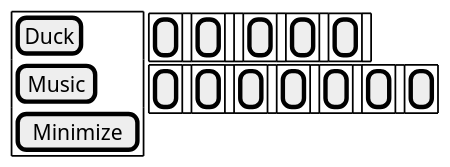
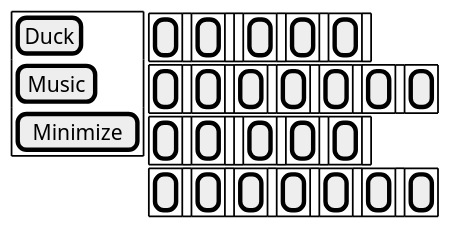
The first of 2 diagrams in apps/src/ui/docs/src/screens/synth.md (aortez/dirtsim), drawn with PlantUML before and after one commit. The commit also changed other lines of this file and 14 other files, not shown here.

````diff
--- a/apps/src/ui/docs/src/screens/synth.md
+++ b/apps/src/ui/docs/src/screens/synth.md
@@ -3,20 +3,25 @@
 ```plantuml
 @startsalt
 scale 1.6
 {
   {+
     [Duck]
     [Music]
     [Minimize]
   } | {
     {#
       [ ] | . | [ ] | . | . | [ ] | . | [ ] | . | [ ] | .
     }
     {#
       [ ] | . | [ ] | . | [ ] | . | [ ] | . | [ ] | . | [ ] | . | [ ]
     }
-    .
+    {#
+      [ ] | . | [ ] | . | . | [ ] | . | [ ] | . | [ ] | .
+    }
+    {#
+      [ ] | . | [ ] | . | [ ] | . | [ ] | . | [ ] | . | [ ] | . | [ ]
+    }
   }
 }
 @endsalt
 ```
````
